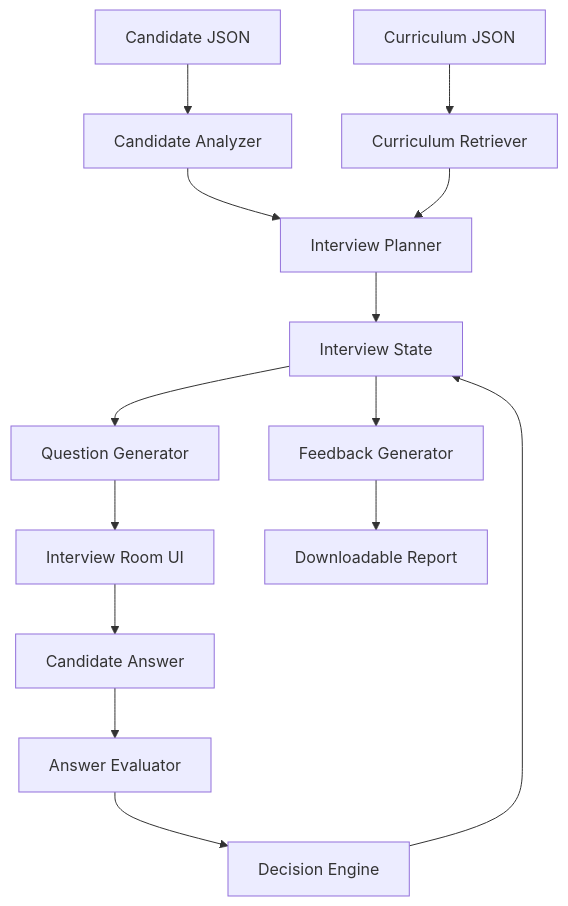
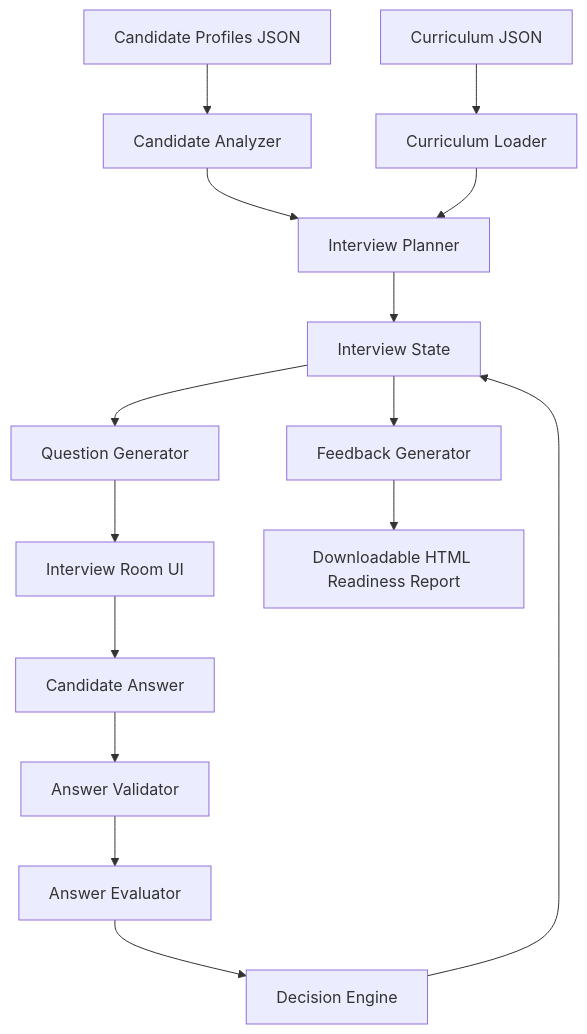
The first of 2 diagrams in README.md (ruchirajags/InterviewOS), drawn with Mermaid before and after one commit. The commit also changed other lines of this file and 1 other file, not shown here.

Commit message:
feat: update architecture and README for enhanced clarity on system design and interview flow

````diff
--- a/README.md
+++ b/README.md
@@ -28,16 +25,17 @@
 ```mermaid
 flowchart TD
-    A[Candidate JSON] --> B[Candidate Analyzer]
-    C[Curriculum JSON] --> D[Curriculum Retriever]
-    B --> E[Interview Planner]
+    A["Candidate Profiles JSON"] --> B["Candidate Analyzer"]
+    C["Curriculum JSON"] --> D["Curriculum Loader"]
+    B --> E["Interview Planner"]
     D --> E
-    E --> F[Interview State]
-    F --> G[Question Generator]
-    G --> H[Interview Room UI]
-    H --> I[Candidate Answer]
-    I --> J[Answer Evaluator]
-    J --> K[Decision Engine]
-    K --> F
-    F --> L[Feedback Generator]
-    L --> M[Downloadable Report]
+    E --> F["Interview State"]
+    F --> G["Question Generator"]
+    G --> H["Interview Room UI"]
+    H --> I["Candidate Answer"]
+    I --> J["Answer Validator"]
+    J --> K["Answer Evaluator"]
+    K --> L["Decision Engine"]
+    L --> F
+    F --> M["Feedback Generator"]
+    M --> N["Downloadable HTML Readiness Report"]
 ```
````
